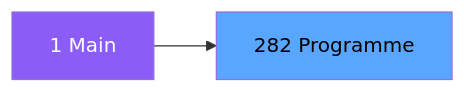
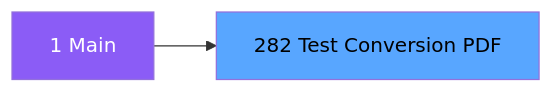
The second of 3 diagrams in .openspec/specs/ADH-IDE-282.md (thonyAGP/magic-migration), drawn with Mermaid before and after one commit. The commit also changed other lines of this file and 323 other files, not shown here.

````diff
--- a/.openspec/specs/ADH-IDE-282.md
+++ b/.openspec/specs/ADH-IDE-282.md
@@ -98,8 +106,8 @@
 ```mermaid
 graph LR
     M[1 Main]
-    T[282 Programme]
+    T[282 Test Conversion PDF]
     M --> T
     style M fill:#8b5cf6,color:#fff
     style T fill:#58a6ff,color:#000
 ```
````
